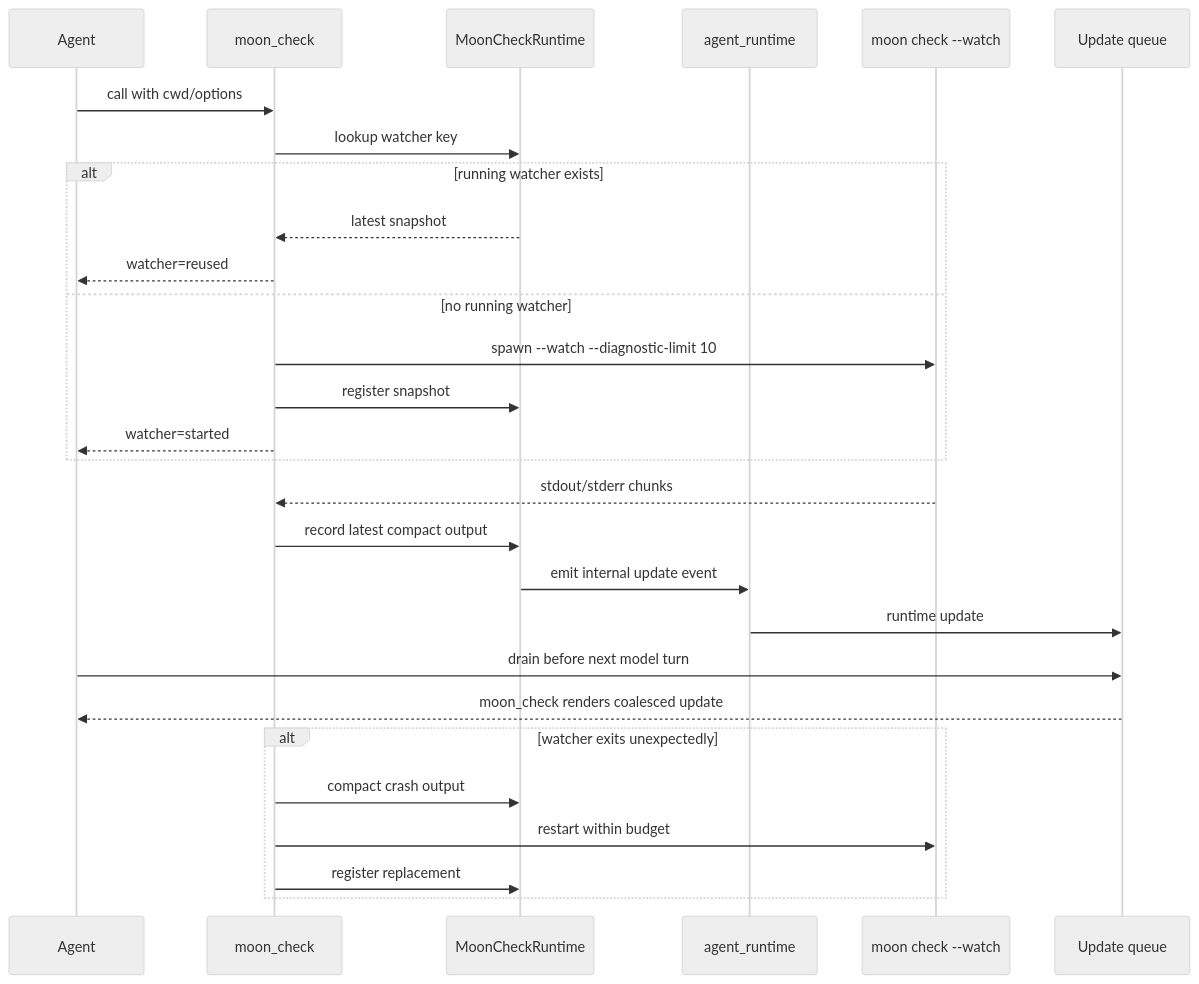
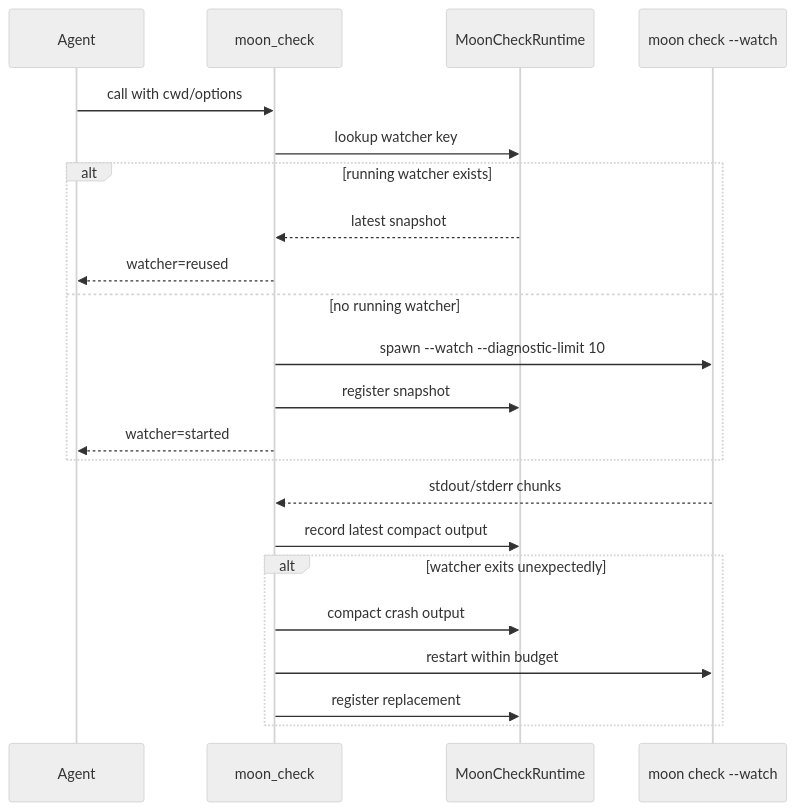
Before and after one commit to vectie/openseek: the diagram in agent_tool/moon_check/README.mbt.md, drawn with Mermaid (neutral theme). The commit also changed other lines of this file and 33 other files, not shown here.

Commit message:
remove unused moon_check runtime events

````diff
--- a/agent_tool/moon_check/README.mbt.md
+++ b/agent_tool/moon_check/README.mbt.md
@@ -30,31 +31,25 @@
 ```mermaid
 sequenceDiagram
   participant Agent
   participant Tool as moon_check
   participant State as MoonCheckRuntime
-  participant Runtime as agent_runtime
   participant Watcher as moon check --watch
-  participant Queue as Update queue
 
   Agent->>Tool: call with cwd/options
   Tool->>State: lookup watcher key
   alt running watcher exists
     State-->>Tool: latest snapshot
     Tool-->>Agent: watcher=reused
   else no running watcher
     Tool->>Watcher: spawn --watch --diagnostic-limit 10
     Tool->>State: register snapshot
     Tool-->>Agent: watcher=started
   end
   Watcher-->>Tool: stdout/stderr chunks
   Tool->>State: record latest compact output
-  State->>Runtime: emit internal update event
-  Runtime->>Queue: runtime update
-  Agent->>Queue: drain before next model turn
-  Queue-->>Agent: moon_check renders coalesced update
   alt watcher exits unexpectedly
     Tool->>State: compact crash output
     Tool->>Watcher: restart within budget
     Tool->>State: register replacement
   end
 ```
````
